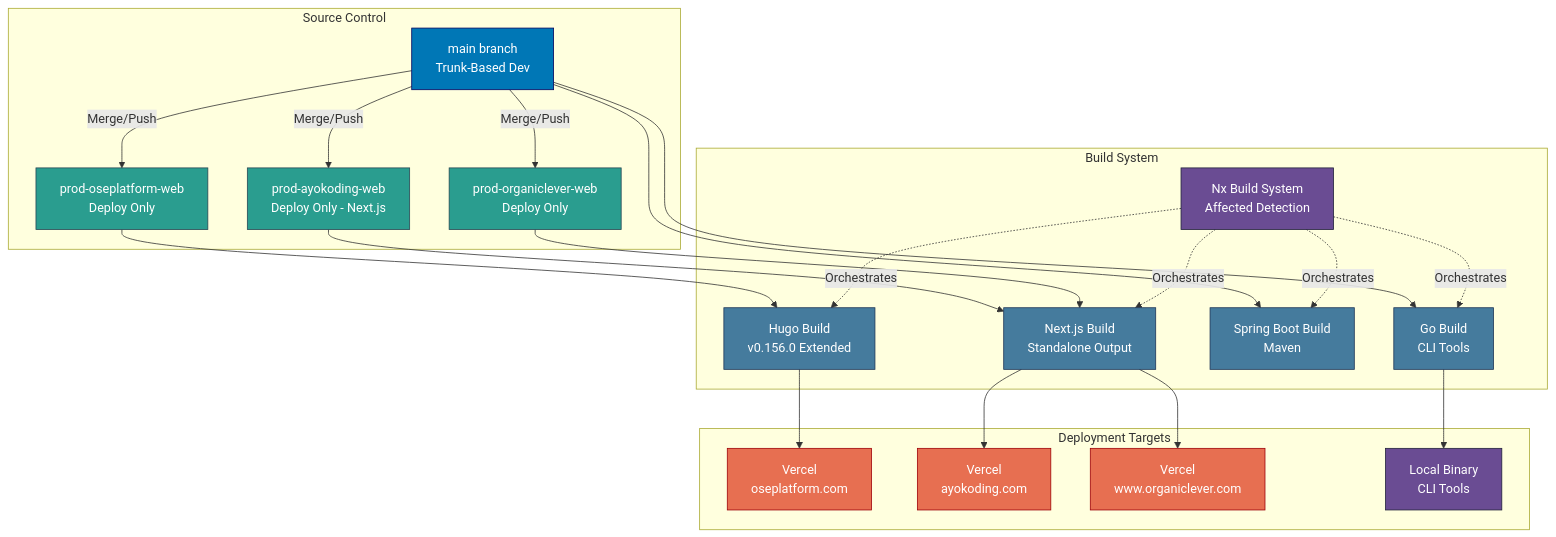
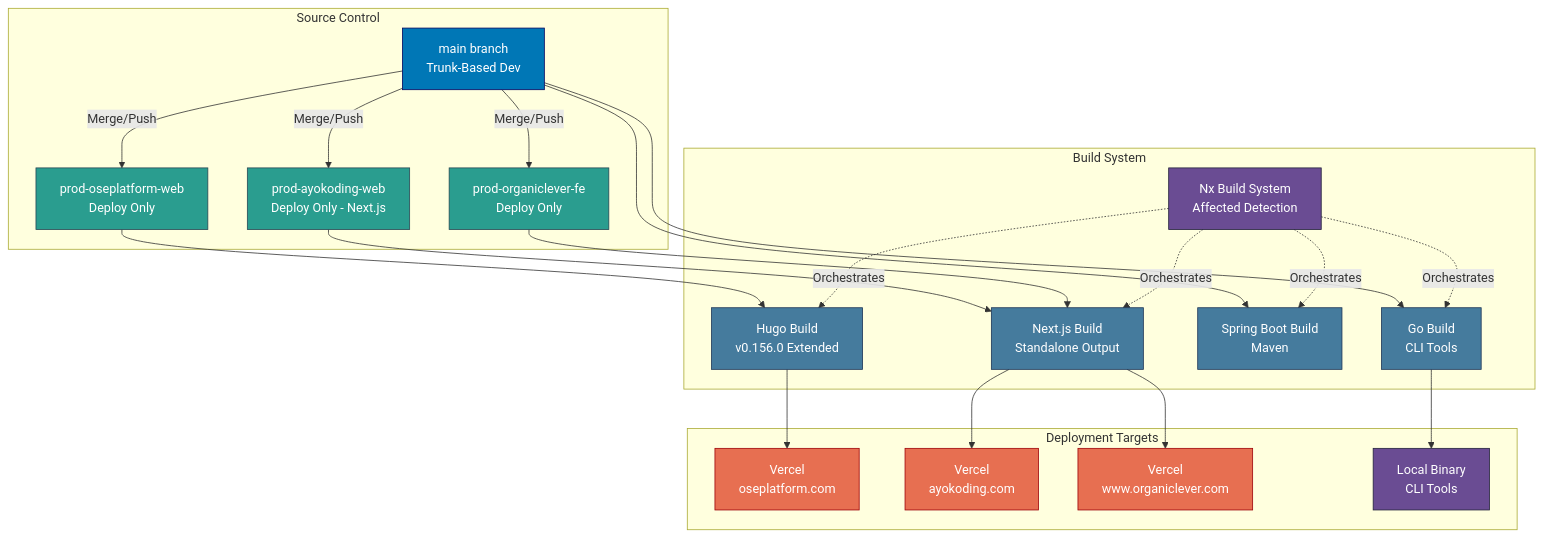
One commit to wahidyankf/open-sharia-enterprise changed the diagram in docs/reference/system-architecture/re-syar__deployment.md. Above: the diagram before and after it, drawn with Mermaid. The commit also changed other lines of this file and 338 other files, not shown here.

````diff
--- a/docs/reference/system-architecture/re-syar__deployment.md
+++ b/docs/reference/system-architecture/re-syar__deployment.md
@@ -19,58 +19,58 @@
 ```mermaid
 graph TB
     subgraph "Source Control"
         MAIN[main branch<br/>Trunk-Based Dev]
         PROD_OSE[prod-oseplatform-web<br/>Deploy Only]
         PROD_AYO[prod-ayokoding-web<br/>Deploy Only - Next.js]
-        PROD_OL[prod-organiclever-web<br/>Deploy Only]
+        PROD_OL[prod-organiclever-fe<br/>Deploy Only]
     end
 
     subgraph "Build System"
         NX_BUILD[Nx Build System<br/>Affected Detection]
         HUGO_BUILD[Hugo Build<br/>v0.156.0 Extended]
         NEXT_BUILD[Next.js Build<br/>Standalone Output]
         SPRING_BUILD[Spring Boot Build<br/>Maven]
         GO_BUILD[Go Build<br/>CLI Tools]
     end
 
     subgraph "Deployment Targets"
         VERCEL_OSE[Vercel<br/>oseplatform.com]
         VERCEL_AYO[Vercel<br/>ayokoding.com]
         VERCEL_OL[Vercel<br/>www.organiclever.com]
         LOCAL[Local Binary<br/>CLI Tools]
     end
 
     MAIN -->|Merge/Push| PROD_OSE
     MAIN -->|Merge/Push| PROD_AYO
     MAIN -->|Merge/Push| PROD_OL
 
     PROD_OSE --> HUGO_BUILD
     PROD_AYO --> NEXT_BUILD
     PROD_OL --> NEXT_BUILD
     MAIN --> GO_BUILD
     MAIN --> SPRING_BUILD
 
     HUGO_BUILD --> VERCEL_OSE
     NEXT_BUILD --> VERCEL_AYO
     NEXT_BUILD --> VERCEL_OL
     GO_BUILD --> LOCAL
 
     NX_BUILD -.->|Orchestrates| HUGO_BUILD
     NX_BUILD -.->|Orchestrates| NEXT_BUILD
     NX_BUILD -.->|Orchestrates| SPRING_BUILD
     NX_BUILD -.->|Orchestrates| GO_BUILD
 
     style MAIN fill:#0077b6,stroke:#03045e,color:#ffffff
     style PROD_OSE fill:#2a9d8f,stroke:#264653,color:#ffffff
     style PROD_AYO fill:#2a9d8f,stroke:#264653,color:#ffffff
     style PROD_OL fill:#2a9d8f,stroke:#264653,color:#ffffff
     style NX_BUILD fill:#6a4c93,stroke:#22223b,color:#ffffff
     style HUGO_BUILD fill:#457b9d,stroke:#1d3557,color:#ffffff
     style NEXT_BUILD fill:#457b9d,stroke:#1d3557,color:#ffffff
     style SPRING_BUILD fill:#457b9d,stroke:#1d3557,color:#ffffff
     style GO_BUILD fill:#457b9d,stroke:#1d3557,color:#ffffff
     style VERCEL_OSE fill:#e76f51,stroke:#9d0208,color:#ffffff
     style VERCEL_AYO fill:#e76f51,stroke:#9d0208,color:#ffffff
     style VERCEL_OL fill:#e76f51,stroke:#9d0208,color:#ffffff
     style LOCAL fill:#6a4c93,stroke:#22223b,color:#ffffff
 ```
````
